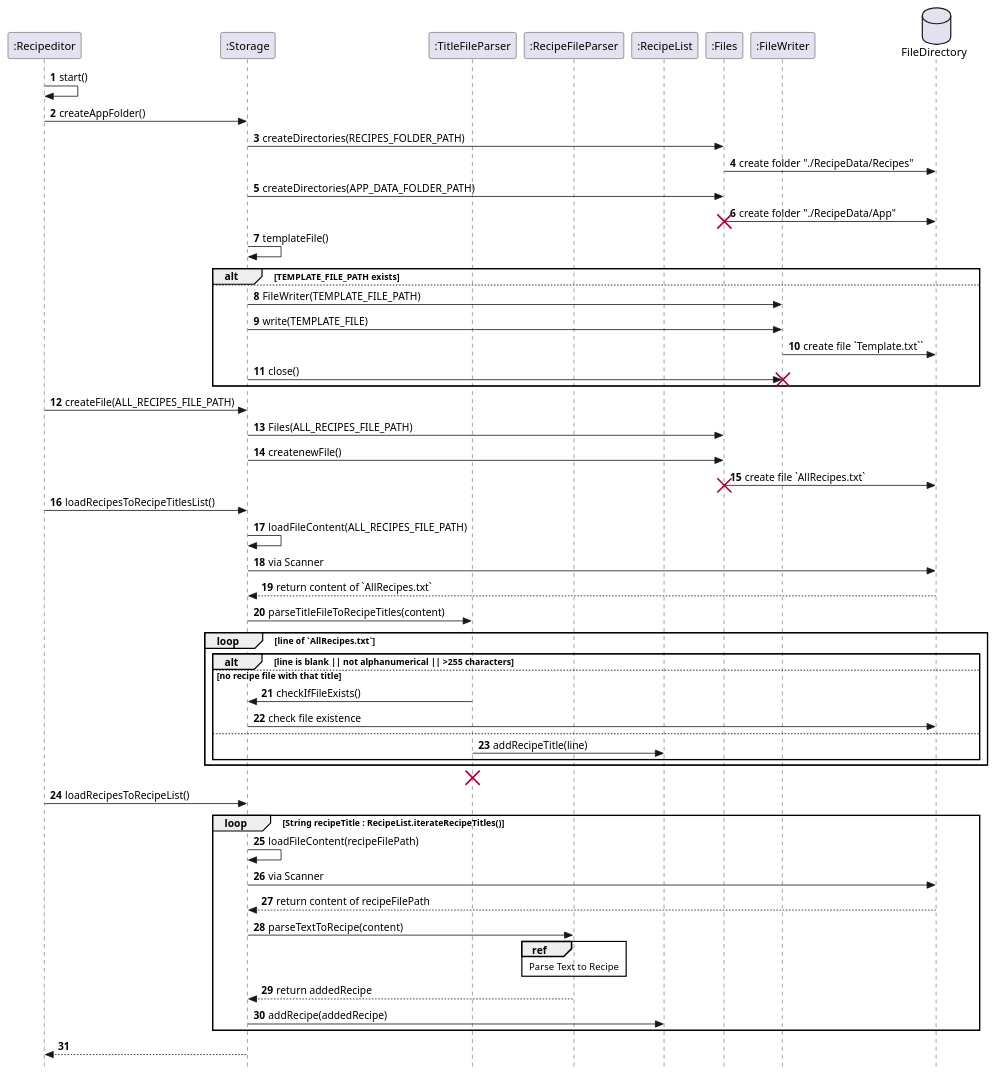
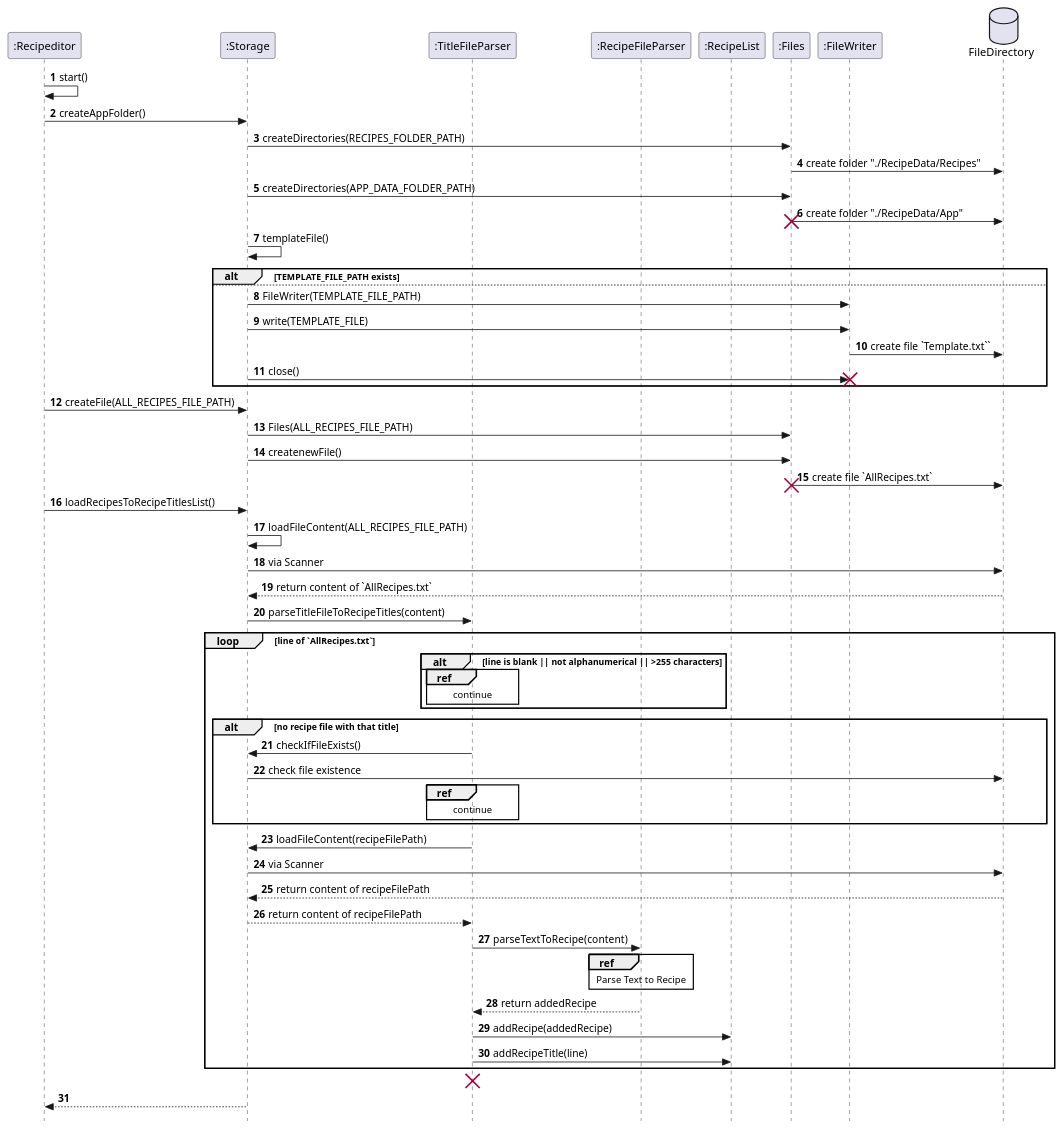
One commit to nus-cs2113-AY2223S1/tp changed the diagram in docs/SequenceDiagram/StartupStorageSequence.puml. Above: the diagram before and after it, drawn with PlantUML. The commit also changed 4 other files, not shown here.

```diff
--- a/docs/SequenceDiagram/StartupStorageSequence.puml
+++ b/docs/SequenceDiagram/StartupStorageSequence.puml
@@ -1,82 +1,88 @@
 @startuml
 skinparam Style strictuml
 autonumber
 
 
 participant ":Recipeditor" as recipeditor
 participant ":Storage" as store
 participant ":TitleFileParser" as titleparse
 participant ":RecipeFileParser" as recipeparse
 participant ":RecipeList" as recipelist
 participant ":Files" as files
 participant ":FileWriter" as fw
 database FileDirectory
 
 recipeditor -> recipeditor: start()
 recipeditor -> store: createAppFolder()
 
 
 store -> files: createDirectories(RECIPES_FOLDER_PATH)
 files -> FileDirectory: create folder "./RecipeData/Recipes"
 store -> files: createDirectories(APP_DATA_FOLDER_PATH)
 files -> FileDirectory: create folder "./RecipeData/App"
 destroy files
 
 store -> store: templateFile()
 
 alt TEMPLATE_FILE_PATH exists
 
 else
 store-> fw: FileWriter(TEMPLATE_FILE_PATH)
 store-> fw: write(TEMPLATE_FILE)
 fw->FileDirectory: create file `Template.txt``
 store-> fw: close()
 destroy fw
 end
 
 
 recipeditor -> store: createFile(ALL_RECIPES_FILE_PATH)
 store -> files: Files(ALL_RECIPES_FILE_PATH)
 store -> files: createnewFile()
 files -> FileDirectory: create file `AllRecipes.txt`
 destroy files
 
 
 
 recipeditor -> store: loadRecipesToRecipeTitlesList()
 store -> store: loadFileContent(ALL_RECIPES_FILE_PATH)
 store -> FileDirectory: via Scanner
 FileDirectory --> store: return content of `AllRecipes.txt`
 store -> titleparse: parseTitleFileToRecipeTitles(content)
 loop line of `AllRecipes.txt`
     alt line is blank || not alphanumerical || >255 characters
-    else no recipe file with that title
+    ref over titleparse
+    continue
+    end
+    end alt
+    alt no recipe file with that title
     titleparse -> store: checkIfFileExists()
     store -> FileDirectory: check file existence
-    else
+    ref over titleparse
+    continue
+    end
+    end alt
+
+titleparse -> store: loadFileContent(recipeFilePath)
+store -> FileDirectory: via Scanner
+FileDirectory --> store: return content of recipeFilePath
+store --> titleparse: return content of recipeFilePath
+titleparse -> recipeparse: parseTextToRecipe(content)
+    ref over recipeparse
+        Parse Text to Recipe
+    end
+recipeparse --> titleparse: return addedRecipe
+titleparse -> recipelist: addRecipe(addedRecipe)
     titleparse -> recipelist: addRecipeTitle(line)
-    end alt
+
+
 end loop
 destroy titleparse
 
-recipeditor -> store: loadRecipesToRecipeList()
-
-loop String recipeTitle : RecipeList.iterateRecipeTitles()
-store -> store: loadFileContent(recipeFilePath)
-store -> FileDirectory: via Scanner
-FileDirectory --> store: return content of recipeFilePath
-store -> recipeparse: parseTextToRecipe(content)
-    ref over recipeparse
-        Parse Text to Recipe
-    end
-recipeparse --> store: return addedRecipe
-store -> recipelist: addRecipe(addedRecipe)
-end loop
 
 
 
 store --> recipeditor:
 
 
 
 @enduml
```
